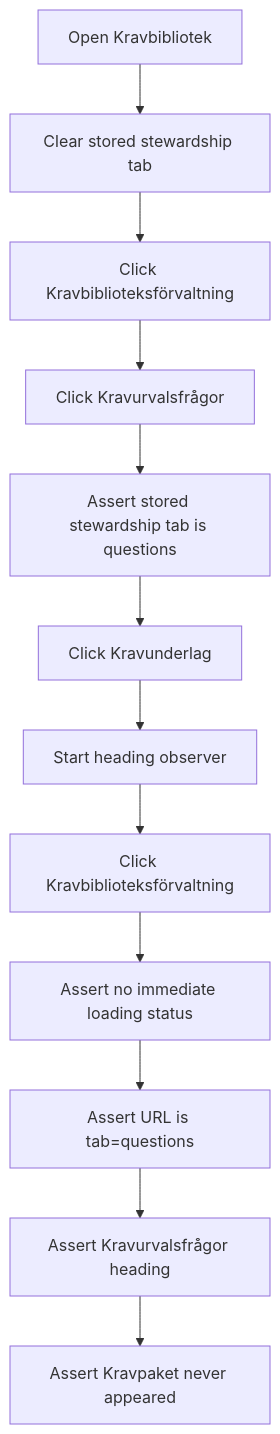
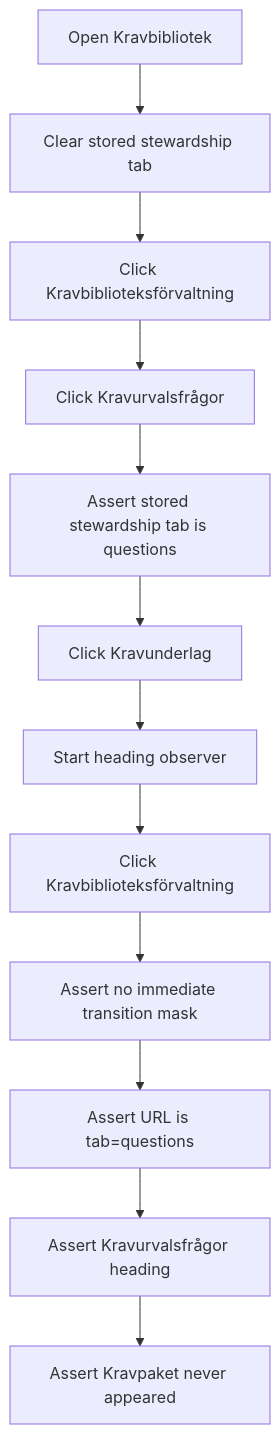
Before and after one commit to viscalyx/Kravhantering: the diagram in tests/integration/stewardship-navigation.md, drawn with Mermaid. The commit also changed other lines of this file and 46 other files, not shown here.

````diff
--- a/tests/integration/stewardship-navigation.md
+++ b/tests/integration/stewardship-navigation.md
@@ -13,14 +14,14 @@
 ```mermaid
 flowchart TD
     A[Open Kravbibliotek] --> B[Clear stored stewardship tab]
     B --> C[Click Kravbiblioteksförvaltning]
     C --> D[Click Kravurvalsfrågor]
     D --> E[Assert stored stewardship tab is questions]
     E --> F[Click Kravunderlag]
     F --> G[Start heading observer]
     G --> H[Click Kravbiblioteksförvaltning]
-    H --> I[Assert no immediate loading status]
+    H --> I[Assert no immediate transition mask]
     I --> J[Assert URL is tab=questions]
     J --> K[Assert Kravurvalsfrågor heading]
     K --> L[Assert Kravpaket never appeared]
 ```
````
